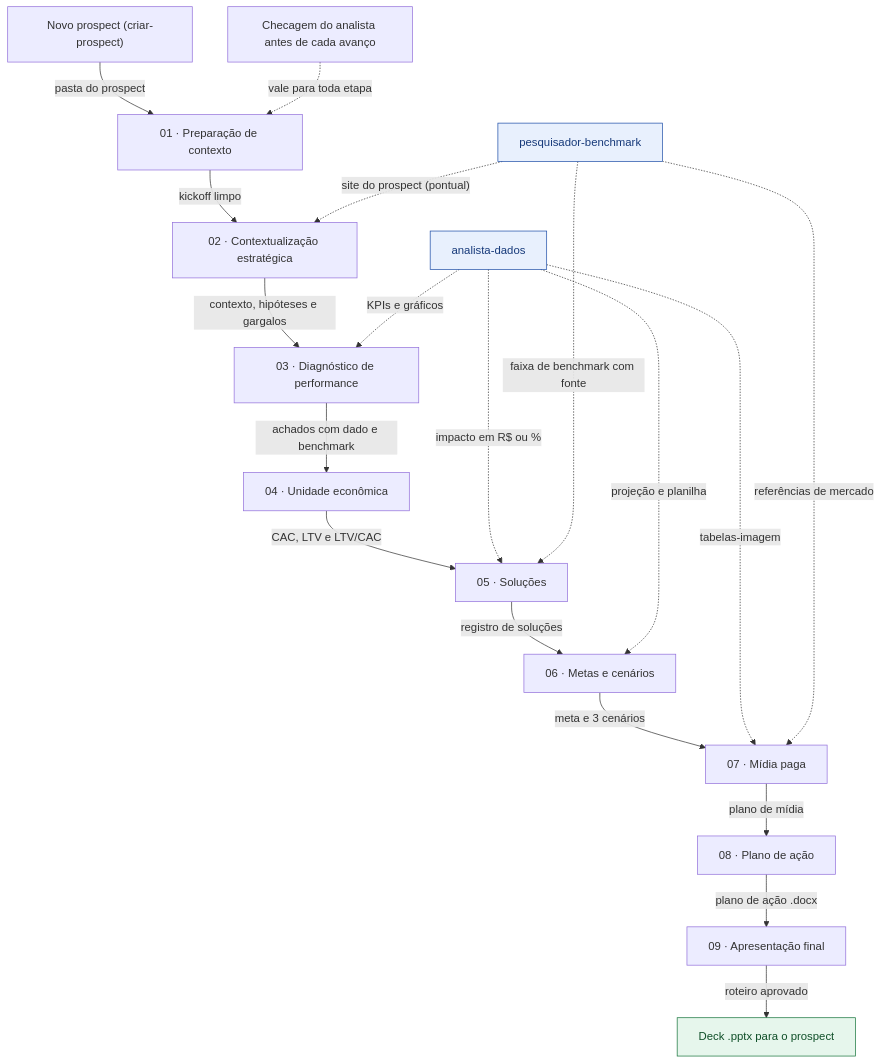
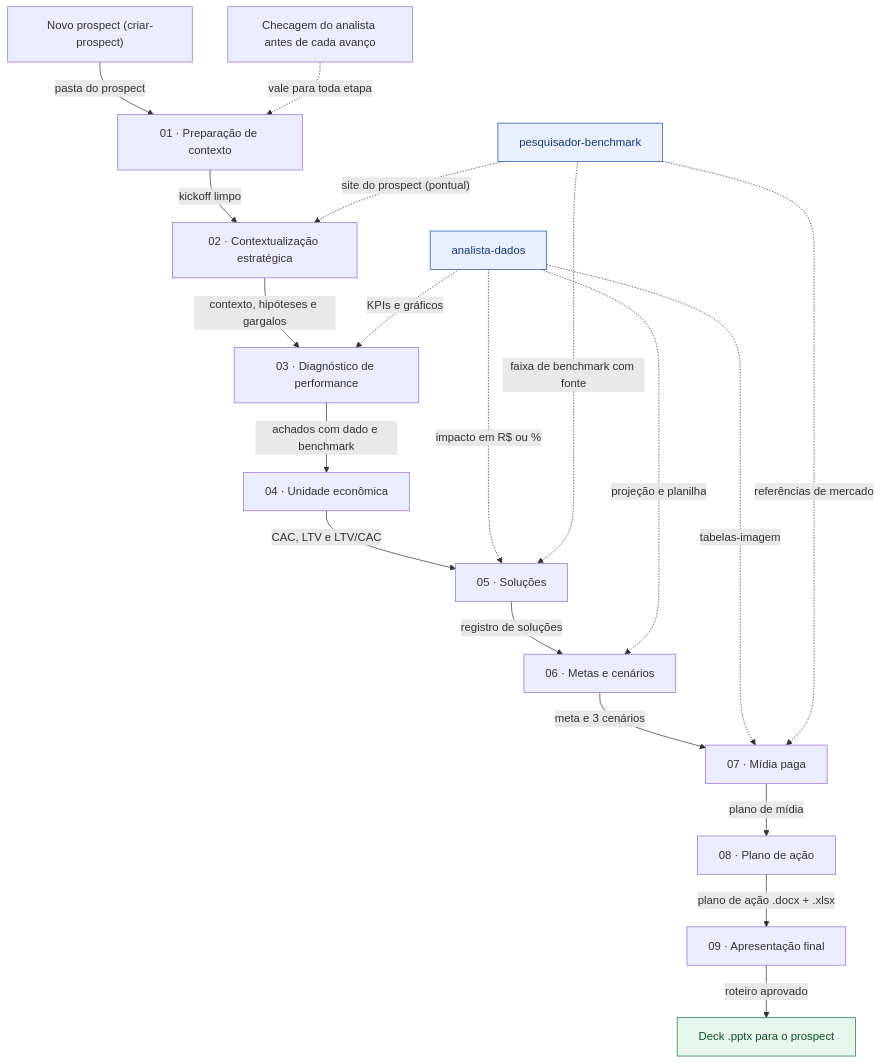
Before and after one commit to MatheusBoomer/growth-cycle-boomer: the diagram in .claude/skills/_shared/fluxo-geral.mmd, drawn with Mermaid. The commit also changed 4 other files, not shown here.

Commit message:
feat(skill-08): plano de ação no padrão do Prompt 9 e fluxograma

```diff
--- a/.claude/skills/_shared/fluxo-geral.mmd
+++ b/.claude/skills/_shared/fluxo-geral.mmd
@@ -1,41 +1,41 @@
 flowchart TD
   NP["Novo prospect (criar-prospect)"]
   E01["01 · Preparação de contexto"]
   E02["02 · Contextualização estratégica"]
   E03["03 · Diagnóstico de performance"]
   E04["04 · Unidade econômica"]
   E05["05 · Soluções"]
   E06["06 · Metas e cenários"]
   E07["07 · Mídia paga"]
   E08["08 · Plano de ação"]
   E09["09 · Apresentação final"]
   FIM["Deck .pptx para o prospect"]
   AD["analista-dados"]
   PB["pesquisador-benchmark"]
   CK["Checagem do analista antes de cada avanço"]
 
   NP -->|"pasta do prospect"| E01
   E01 -->|"kickoff limpo"| E02
   E02 -->|"contexto, hipóteses e gargalos"| E03
   E03 -->|"achados com dado e benchmark"| E04
   E04 -->|"CAC, LTV e LTV/CAC"| E05
   E05 -->|"registro de soluções"| E06
   E06 -->|"meta e 3 cenários"| E07
   E07 -->|"plano de mídia"| E08
-  E08 -->|"plano de ação .docx"| E09
+  E08 -->|"plano de ação .docx + .xlsx"| E09
   E09 -->|"roteiro aprovado"| FIM
 
   AD -.->|"KPIs e gráficos"| E03
   AD -.->|"impacto em R$ ou %"| E05
   AD -.->|"projeção e planilha"| E06
   AD -.->|"tabelas-imagem"| E07
   PB -.->|"site do prospect (pontual)"| E02
   PB -.->|"faixa de benchmark com fonte"| E05
   PB -.->|"referências de mercado"| E07
   CK -.->|"vale para toda etapa"| E01
 
   class AD,PB subagente
   class FIM entrega
   classDef checkpoint fill:#fff1e6,stroke:#e8803a,color:#7a3d0c
   classDef subagente fill:#e8f0fd,stroke:#1f4fa8,color:#173a7a
   classDef entrega fill:#e6f6ec,stroke:#16743b,color:#0f4f28
```
